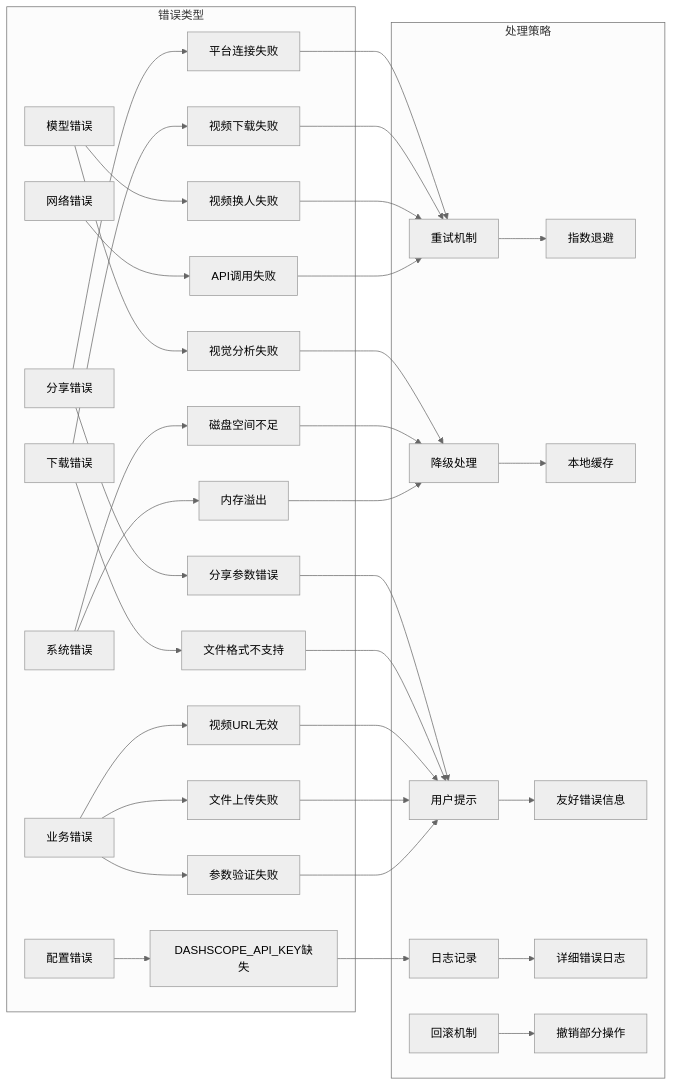
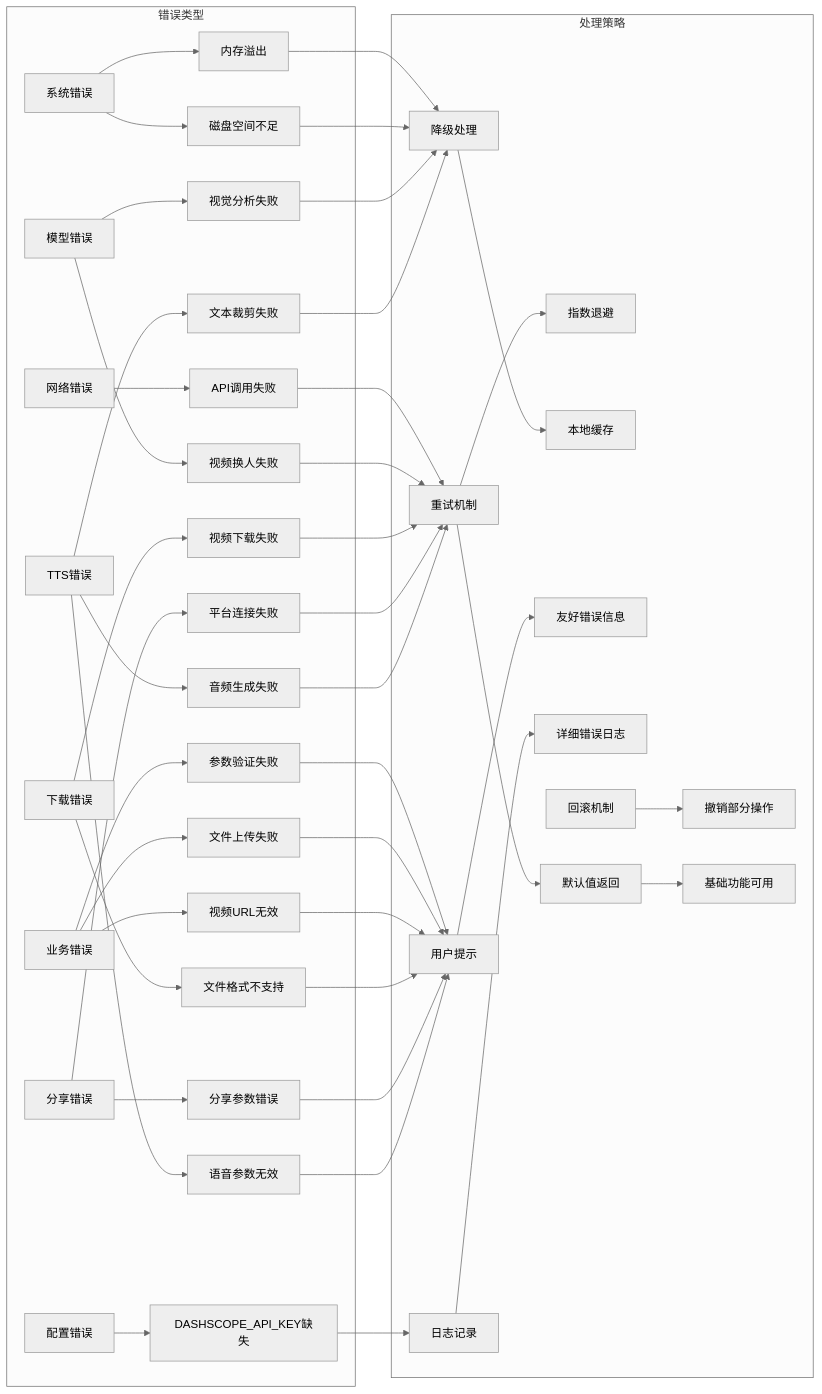
Before and after one commit to zuozuoliu740-cmd/xianxiong-news: the seventh of 9 diagrams in .qoder/repowiki/zh/content/Dashscope Integration.md, drawn with Mermaid (neutral theme). The commit also changed other lines of this file and 72 other files, not shown here.

````diff
--- a/.qoder/repowiki/zh/content/Dashscope Integration.md
+++ b/.qoder/repowiki/zh/content/Dashscope Integration.md
@@ -396,38 +446,46 @@
 ```mermaid
 graph LR
 subgraph "错误类型"
 A[配置错误] --> A1[DASHSCOPE_API_KEY缺失]
 B[网络错误] --> B1[API调用失败]
 C[业务错误] --> C1[参数验证失败]
 C --> C2[文件上传失败]
 C --> C3[视频URL无效]
 D[系统错误] --> D1[内存溢出]
 D --> D2[磁盘空间不足]
 E[模型错误] --> E1[视频换人失败]
 E --> E2[视觉分析失败]
 F[下载错误] --> F1[视频下载失败]
 F --> F2[文件格式不支持]
 G[分享错误] --> G1[平台连接失败]
 G --> G2[分享参数错误]
+H[TTS错误] --> H1[文本裁剪失败]
+H --> H2[音频生成失败]
+H --> H3[语音参数无效]
 end
 subgraph "处理策略"
-H[重试机制] --> H1[指数退避]
-I[降级处理] --> I1[本地缓存]
-J[用户提示] --> J1[友好错误信息]
-K[日志记录] --> K1[详细错误日志]
-L[回滚机制] --> L1[撤销部分操作]
+I[重试机制] --> I1[指数退避]
+J[降级处理] --> J1[本地缓存]
+K[用户提示] --> K1[友好错误信息]
+L[日志记录] --> L1[详细错误日志]
+M[回滚机制] --> M1[撤销部分操作]
+N[默认值返回] --> N1[基础功能可用]
 end
-A1 --> K
-B1 --> H
-C1 --> J
-C2 --> J
-C3 --> J
-D1 --> I
-D2 --> I
-E1 --> H
-E2 --> I
-F1 --> H
-F2 --> J
-G1 --> H
-G2 --> J
+A1 --> L
+B1 --> I
+C1 --> K
+C2 --> K
+C3 --> K
+D1 --> J
+D2 --> J
+E1 --> I
+E2 --> J
+F1 --> I
+F2 --> K
+G1 --> I
+G2 --> K
+H1 --> J
+H2 --> I
+H3 --> K
+I --> N
 ```
````
